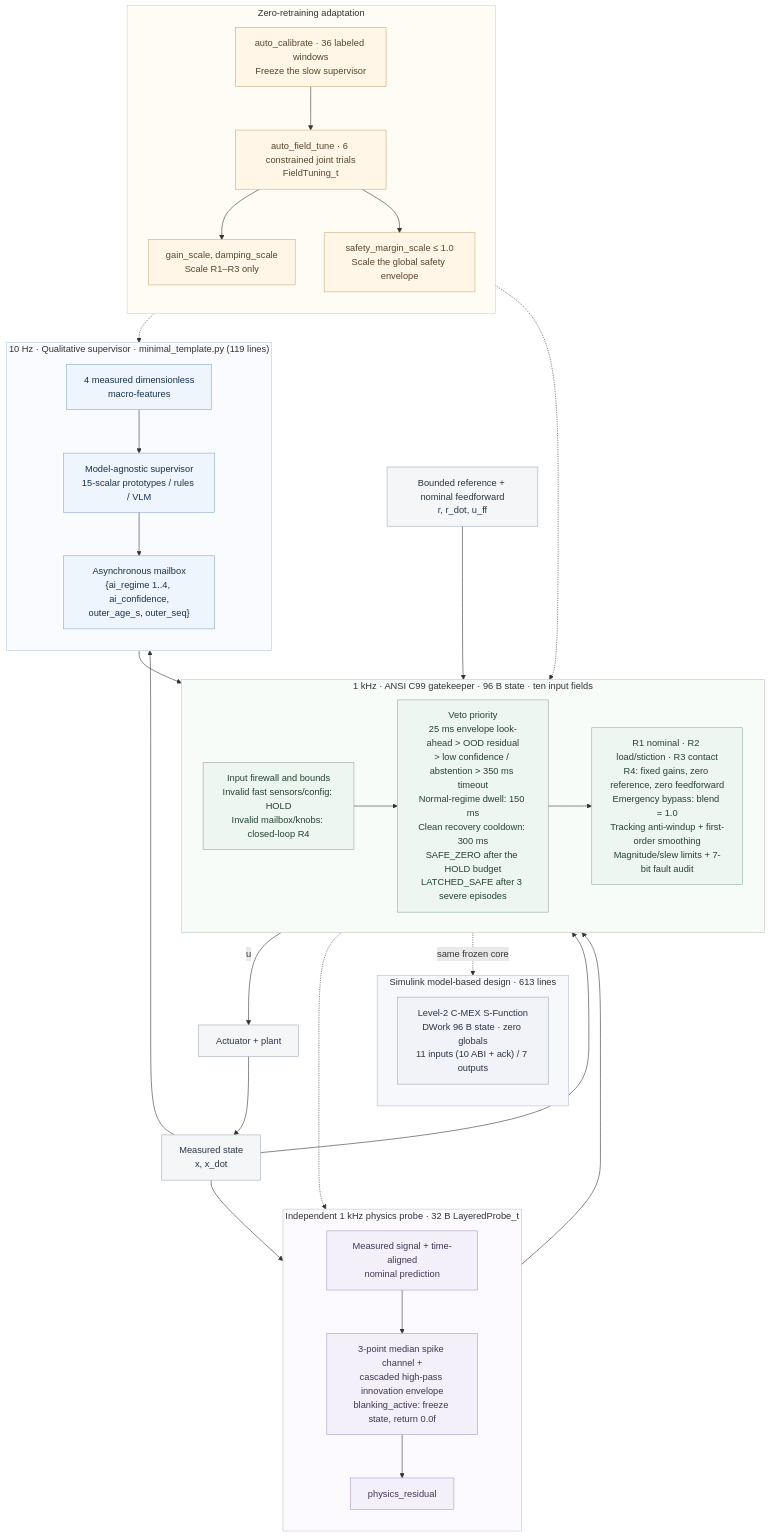
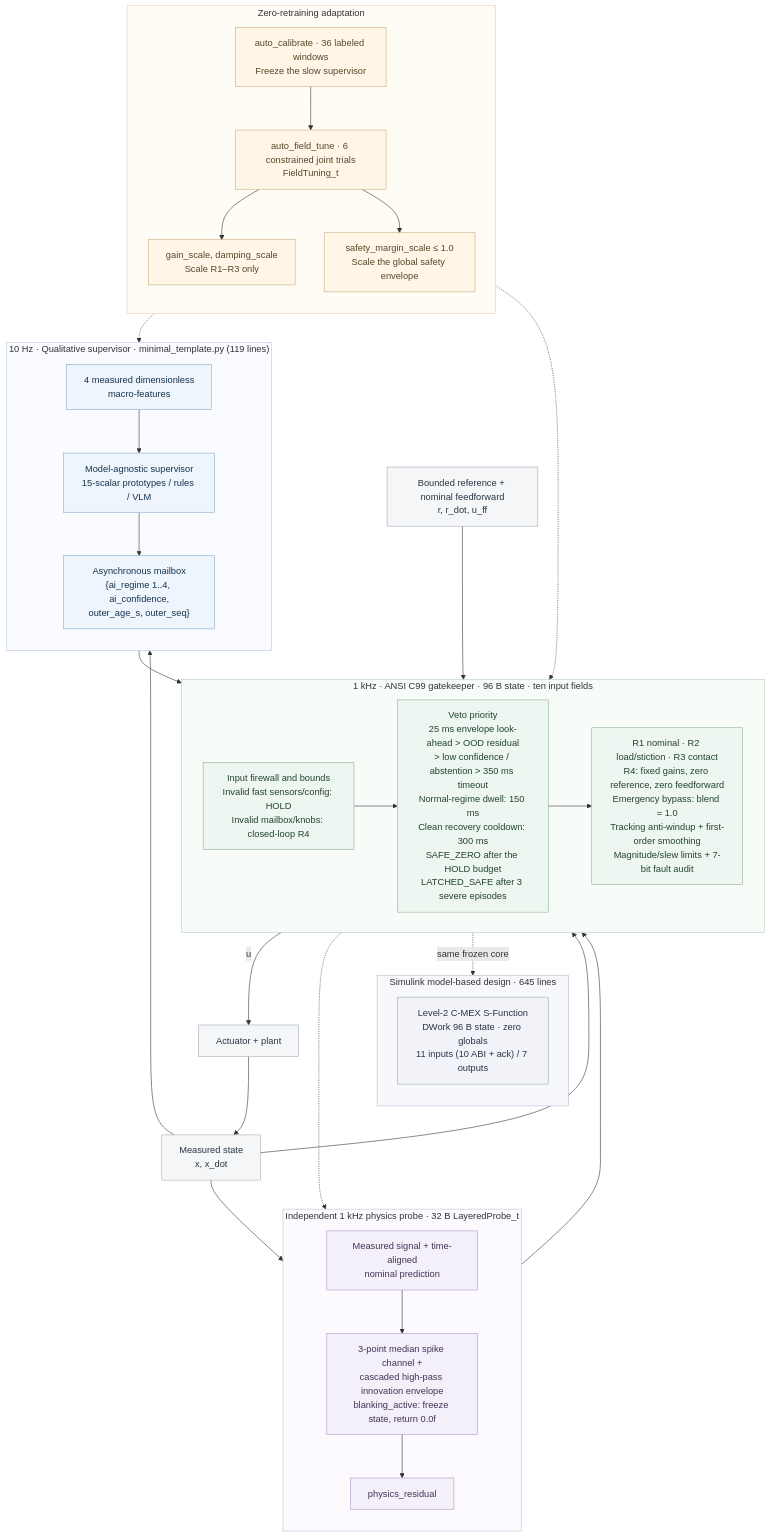
The diagram in README.md (lijiawei255/ai-layered-control), drawn with Mermaid before and after one commit. The commit also changed other lines of this file and 14 other files, not shown here.

````diff
--- a/README.md
+++ b/README.md
@@ -54,70 +54,70 @@
 ```mermaid
 flowchart TB
     subgraph slow["10 Hz · Qualitative supervisor · minimal_template.py (119 lines)"]
         direction TB
         features["4 measured dimensionless<br/>macro-features"]
         supervisor["Model-agnostic supervisor<br/>15-scalar prototypes / rules / VLM"]
         mailbox["Asynchronous mailbox<br/>{ai_regime 1..4, ai_confidence,<br/>outer_age_s, outer_seq}"]
         features --> supervisor --> mailbox
     end
     subgraph probe["Independent 1 kHz physics probe · 32 B LayeredProbe_t"]
         direction TB
         innovation["Measured signal + time-aligned<br/>nominal prediction"]
         channels["3-point median spike channel +<br/>cascaded high-pass innovation envelope<br/>blanking_active: freeze state, return 0.0f"]
         residual["physics_residual"]
         innovation --> channels --> residual
     end
     subgraph fast["1 kHz · ANSI C99 gatekeeper · 96 B state · ten input fields"]
         direction LR
         firewall["Input firewall and bounds<br/>Invalid fast sensors/config: HOLD<br/>Invalid mailbox/knobs: closed-loop R4"]
         gates["Veto priority<br/>25 ms envelope look-ahead > OOD residual<br/>> low confidence / abstention > 350 ms timeout<br/>Normal-regime dwell: 150 ms<br/>Clean recovery cooldown: 300 ms<br/>SAFE_ZERO after the HOLD budget<br/>LATCHED_SAFE after 3 severe episodes"]
         bank["R1 nominal · R2 load/stiction · R3 contact<br/>R4: fixed gains, zero reference, zero feedforward<br/>Emergency bypass: blend = 1.0<br/>Tracking anti-windup + first-order smoothing<br/>Magnitude/slew limits + 7-bit fault audit"]
         firewall --> gates --> bank
     end
-    subgraph mbd["Simulink model-based design · 613 lines"]
+    subgraph mbd["Simulink model-based design · 645 lines"]
         direction TB
         sfun["Level-2 C-MEX S-Function<br/>DWork 96 B state · zero globals<br/>11 inputs (10 ABI + ack) / 7 outputs"]
     end
     subgraph adapt["Zero-retraining adaptation"]
         direction TB
         calibrate["auto_calibrate · 36 labeled windows<br/>Freeze the slow supervisor"]
         tune["auto_field_tune · 6 constrained joint trials<br/>FieldTuning_t"]
         gains["gain_scale, damping_scale<br/>Scale R1–R3 only"]
         margin["safety_margin_scale ≤ 1.0<br/>Scale the global safety envelope"]
         calibrate --> tune
         tune --> gains
         tune --> margin
     end
     reference["Bounded reference + nominal feedforward<br/>r, r_dot, u_ff"]
     plant["Actuator + plant"]
     sensor["Measured state<br/>x, x_dot"]
     reference --> fast
     slow --> fast
     probe --> fast
     fast -->|"u"| plant
     plant --> sensor
     sensor --> fast
     sensor --> slow
     sensor --> probe
     fast -.-> probe
     fast -.->|"same frozen core"| sfun
     adapt -.-> slow
     adapt -.-> fast
     classDef slowNode fill:#eef5fc,stroke:#8baac7,color:#17334d;
     classDef probeNode fill:#f4f0fa,stroke:#ad98c5,color:#423354;
     classDef coreNode fill:#edf6f0,stroke:#8eaf99,color:#244331;
     classDef adaptNode fill:#fff6e8,stroke:#c7ad7d,color:#58462a;
     classDef ioNode fill:#f5f6f8,stroke:#a4acb7,color:#283644;
     classDef mbdNode fill:#f1f3f8,stroke:#9aa7bd,color:#2a3446;
     class features,supervisor,mailbox slowNode;
     class innovation,channels,residual probeNode;
     class firewall,gates,bank coreNode;
     class calibrate,tune,gains,margin adaptNode;
     class reference,plant,sensor ioNode;
     class sfun mbdNode;
     style slow fill:#f9fbfe,stroke:#b8cbde
     style probe fill:#fcfaff,stroke:#c9bbda
     style fast fill:#f8fcf9,stroke:#b6cdbd
     style mbd fill:#f7f8fb,stroke:#b3bccd
     style adapt fill:#fffcf6,stroke:#dfcfaf
 ```
````
